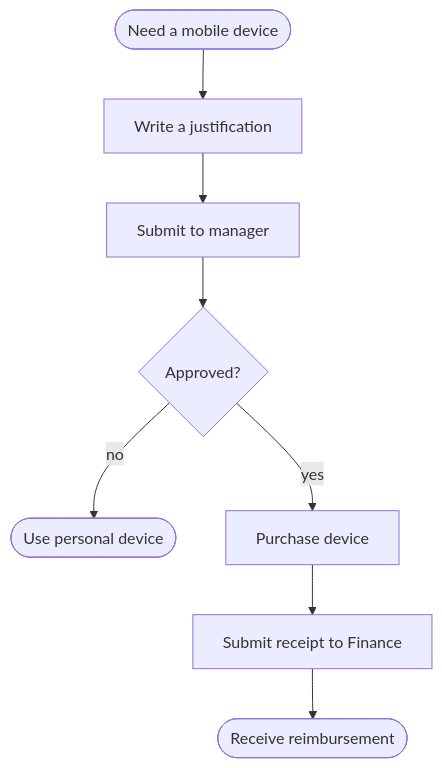
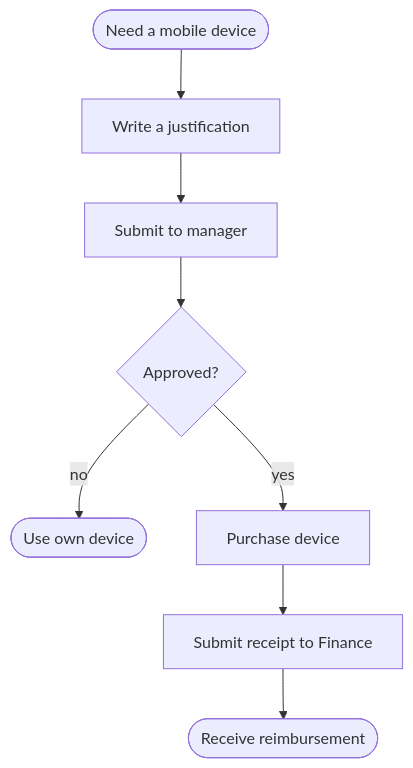
The third of 4 diagrams in docs/en/tools/hardware.md (ultralytics/handbook), drawn with Mermaid before and after one commit. The commit also changed other lines of this file and 8 other files, not shown here.

First line of the commit message:
Address review findings and tune diagrams for the dagre layout

````diff
--- a/docs/en/tools/hardware.md
+++ b/docs/en/tools/hardware.md
@@ -188,10 +191,10 @@
 ```mermaid
 flowchart TD
     A([Need a mobile device]) --> B[Write a justification]
     B --> C[Submit to manager]
     C --> D{Approved?}
-    D -->|no| E([Use personal device])
+    D -->|no| E([Use own device])
     D -->|yes| F[Purchase device]
     F --> G[Submit receipt to Finance]
     G --> H([Receive reimbursement])
 ```
````
